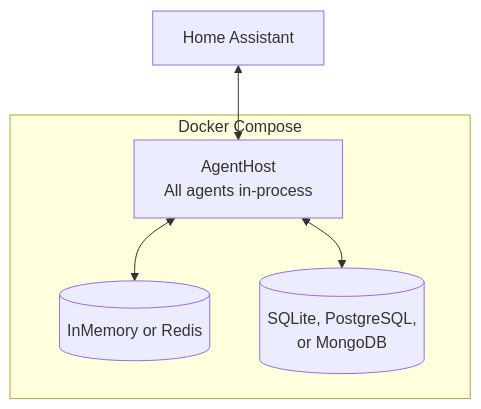
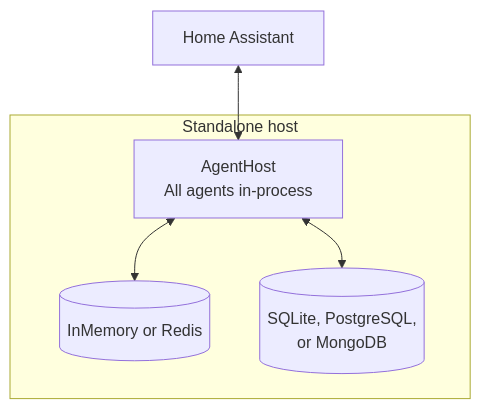
Before and after one commit to seiggy/lucia.ai: the first of 2 diagrams in docs/architecture/deployment-modes.md, drawn with Mermaid. The commit also changed other lines of this file and 187 other files, not shown here.

````diff
--- a/docs/architecture/deployment-modes.md
+++ b/docs/architecture/deployment-modes.md
@@ -14,12 +14,12 @@
 ```mermaid
 graph TB
-    subgraph Docker Compose
+    subgraph Standalone host
         AH[AgentHost<br/>All agents in-process]
         Cache[(InMemory or Redis)]
         Store[(SQLite, PostgreSQL,<br/>or MongoDB)]
     end
 
     HA[Home Assistant] <--> AH
     AH <--> Cache
     AH <--> Store
 ```
````
